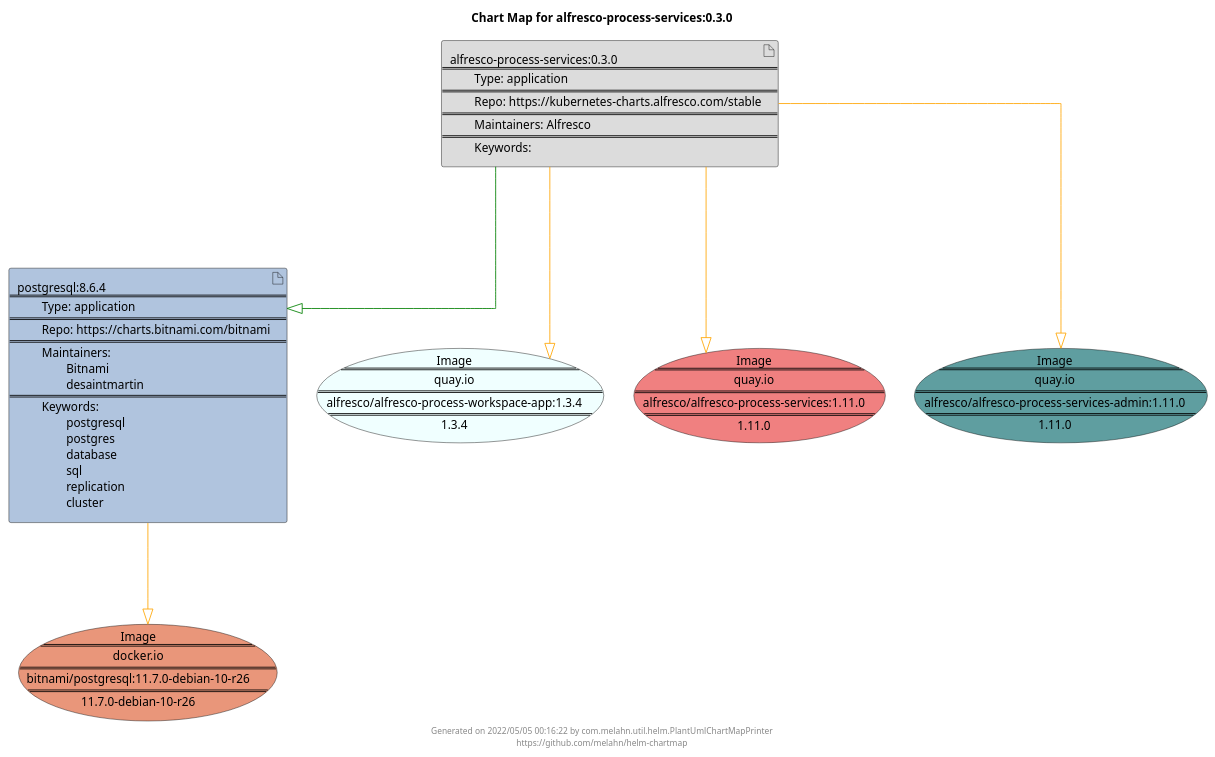
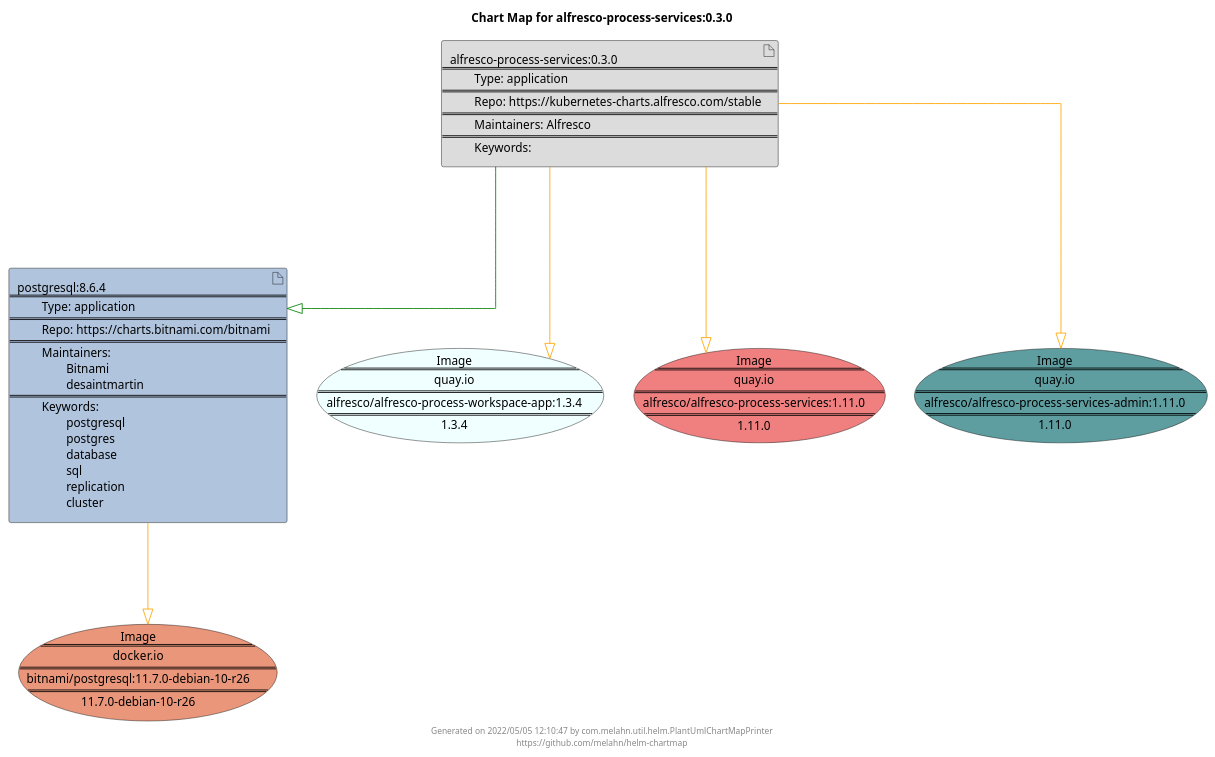
One commit to melahn/helm-chartmap changed the diagram in docs/alfresco-process-services/alfresco-process-services-0.3.0.puml. Above: the diagram before and after it, drawn with PlantUML. The commit also changed 62 other files, not shown here.

Commit message:
Update Example Chart Maps as part of GitHub build

```diff
--- a/docs/alfresco-process-services/alfresco-process-services-0.3.0.puml
+++ b/docs/alfresco-process-services/alfresco-process-services-0.3.0.puml
@@ -1,29 +1,29 @@
 @startuml
 skinparam linetype ortho
 skinparam backgroundColor white
 skinparam usecaseBorderColor black
 skinparam usecaseArrowColor LightSlateGray
 skinparam artifactBorderColor black
 skinparam artifactArrowColor LightSlateGray
 
 title Chart Map for alfresco-process-services:0.3.0
 
 'There are 2 referenced Helm Charts
 artifact "alfresco-process-services:0.3.0\n====\n\tType: application\n====\n\tRepo: https://kubernetes-charts.alfresco.com/stable\n====\n\tMaintainers: Alfresco\n====\n\tKeywords: " as alfresco_process_services_0_3_0 #Gainsboro
 artifact "postgresql:8.6.4\n====\n\tType: application\n====\n\tRepo: https://charts.bitnami.com/bitnami\n====\n\tMaintainers: \n\t\tBitnami\n\t\tdesaintmartin\n====\n\tKeywords: \n\t\tpostgresql\n\t\tpostgres\n\t\tdatabase\n\t\tsql\n\t\treplication\n\t\tcluster" as postgresql_8_6_4 #LightSteelBlue
 
 'There are 4 referenced Docker Images
 usecase "Image\n====\nquay.io\n====\nalfresco/alfresco-process-workspace-app:1.3.4\n====\n1.3.4" as quay_io_alfresco_alfresco_process_workspace_app_1_3_4 #Azure
 usecase "Image\n====\nquay.io\n====\nalfresco/alfresco-process-services:1.11.0\n====\n1.11.0" as quay_io_alfresco_alfresco_process_services_1_11_0 #LightCoral
 usecase "Image\n====\nquay.io\n====\nalfresco/alfresco-process-services-admin:1.11.0\n====\n1.11.0" as quay_io_alfresco_alfresco_process_services_admin_1_11_0 #CadetBlue
 usecase "Image\n====\ndocker.io\n====\nbitnami/postgresql:11.7.0-debian-10-r26\n====\n11.7.0-debian-10-r26" as docker_io_bitnami_postgresql_11_7_0_debian_10_r26 #DarkSalmon
 
 'Chart Dependencies
 alfresco_process_services_0_3_0--[#green]-|>postgresql_8_6_4
 alfresco_process_services_0_3_0--[#orange]-|>quay_io_alfresco_alfresco_process_services_admin_1_11_0
 alfresco_process_services_0_3_0--[#orange]-|>quay_io_alfresco_alfresco_process_workspace_app_1_3_4
 alfresco_process_services_0_3_0--[#orange]-|>quay_io_alfresco_alfresco_process_services_1_11_0
 postgresql_8_6_4--[#orange]-|>docker_io_bitnami_postgresql_11_7_0_debian_10_r26
 
-center footer Generated on 2022/05/05 00:16:22 by com.melahn.util.helm.PlantUmlChartMapPrinter\nhttps://github.com/melahn/helm-chartmap
+center footer Generated on 2022/05/05 12:10:47 by com.melahn.util.helm.PlantUmlChartMapPrinter\nhttps://github.com/melahn/helm-chartmap
 @enduml
```
